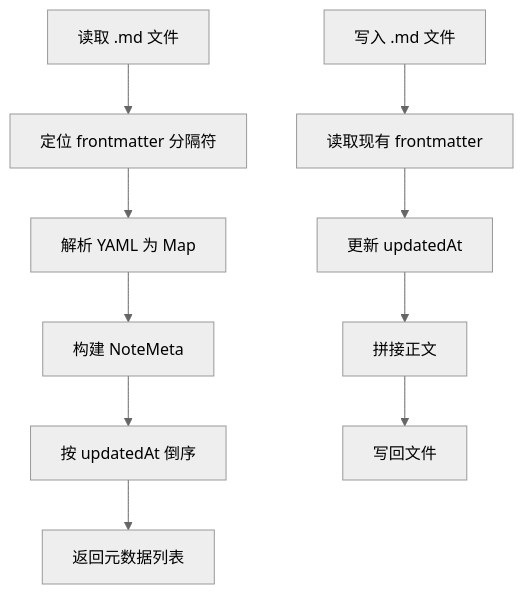
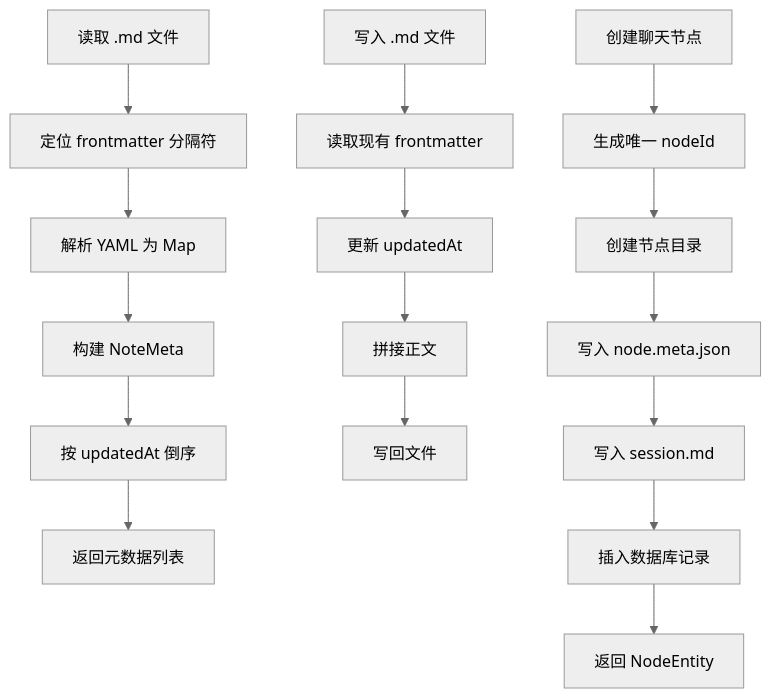
Before and after one commit to Ykworm/thktree: the eighth of 9 diagrams in .qoder/repowiki/zh/content/核心功能模块/笔记系统/笔记系统.md, drawn with Mermaid (neutral theme). The commit also changed other lines of this file and 45 other files, not shown here.

````diff
--- a/.qoder/repowiki/zh/content/核心功能模块/笔记系统/笔记系统.md
+++ b/.qoder/repowiki/zh/content/核心功能模块/笔记系统/笔记系统.md
@@ -295,12 +415,18 @@
 ```mermaid
 flowchart TD
 Read["读取 .md 文件"] --> FindFM["定位 frontmatter 分隔符"]
 FindFM --> Parse["解析 YAML 为 Map"]
 Parse --> BuildMeta["构建 NoteMeta"]
 BuildMeta --> Sort["按 updatedAt 倒序"]
 Sort --> Return["返回元数据列表"]
 Write["写入 .md 文件"] --> ReadFM2["读取现有 frontmatter"]
 ReadFM2 --> UpdateTime["更新 updatedAt"]
 UpdateTime --> Combine["拼接正文"]
 Combine --> Save["写回文件"]
+CreateNode["创建聊天节点"] --> GenerateId["生成唯一 nodeId"]
+GenerateId --> CreateDir["创建节点目录"]
+CreateDir --> WriteMeta["写入 node.meta.json"]
+WriteMeta --> WriteSession["写入 session.md"]
+WriteSession --> InsertDB["插入数据库记录"]
+InsertDB --> ReturnNode["返回 NodeEntity"]
 ```
````
